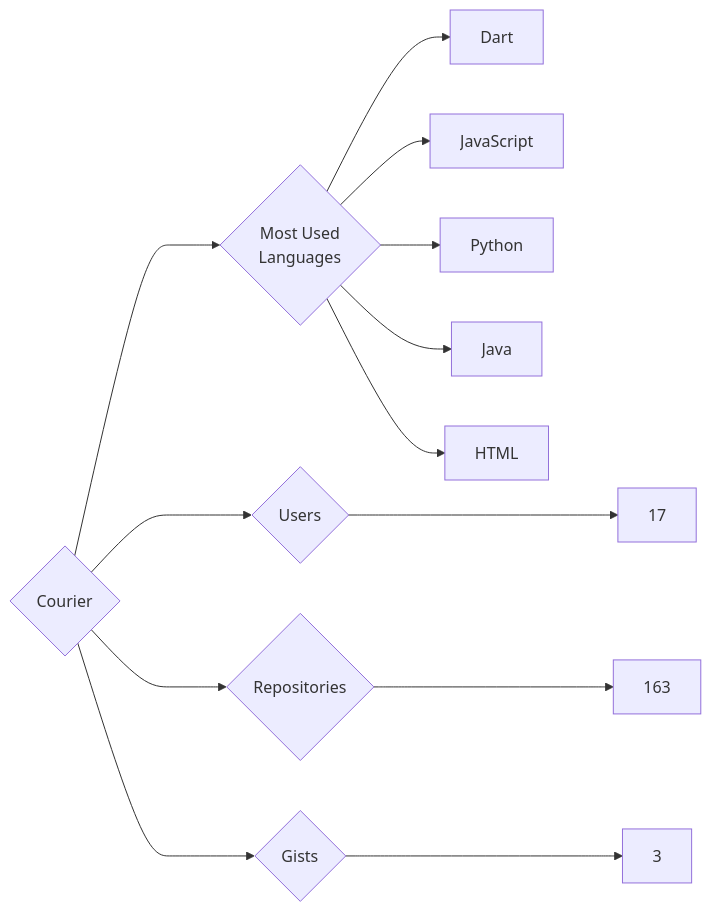
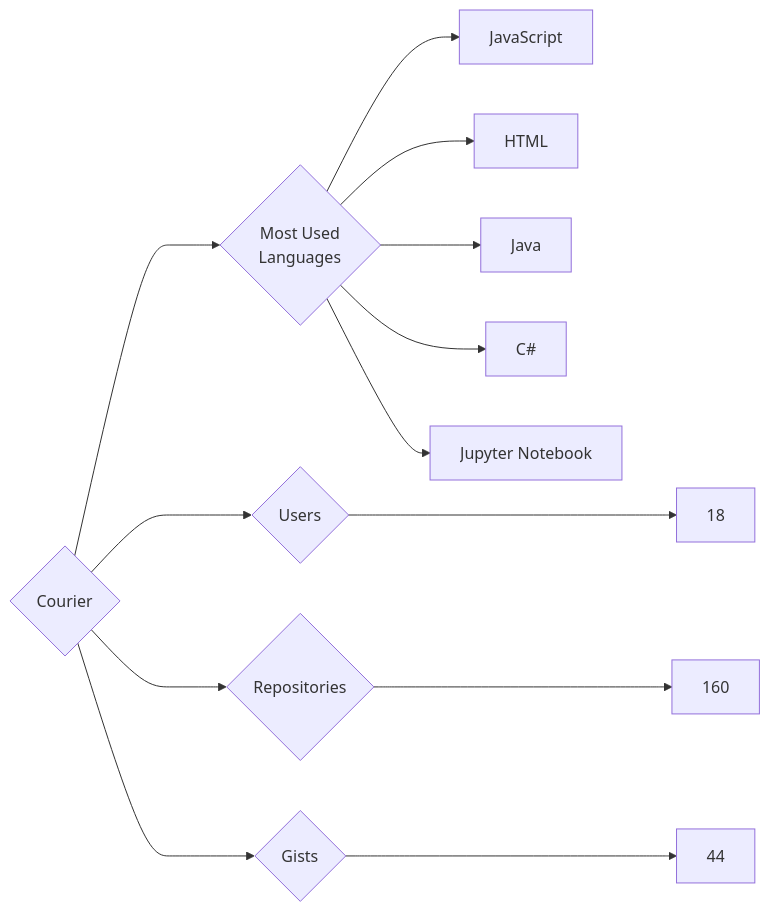
One commit to trickest/insiders changed the diagram in targets/Courier/README.md. Above: the diagram before and after it, drawn with Mermaid. The commit also changed 782 other files, not shown here.

````diff
--- a/targets/Courier/README.md
+++ b/targets/Courier/README.md
@@ -3,13 +3,13 @@
 ```mermaid
 graph LR
 COMPANY_NAME{Courier}
-COMPANY_NAME ---> U{Users} ---> UN[17]
-COMPANY_NAME ---> R{Repositories} ---> RN[163]
-COMPANY_NAME ---> G{Gists} ---> GN[3]
+COMPANY_NAME ---> U{Users} ---> UN[18]
+COMPANY_NAME ---> R{Repositories} ---> RN[160]
+COMPANY_NAME ---> G{Gists} ---> GN[44]
 COMPANY_NAME ---> ML{Most Used<br>Languages}
-ML --> Dart[Dart]
 ML --> JavaScript[JavaScript]
-ML --> Python[Python]
+ML --> HTML[HTML]
 ML --> Java[Java]
-ML --> HTML[HTML]
+ML --> C#[C#]
+ML --> Jupyter_Notebook[Jupyter Notebook]
 ```
````
